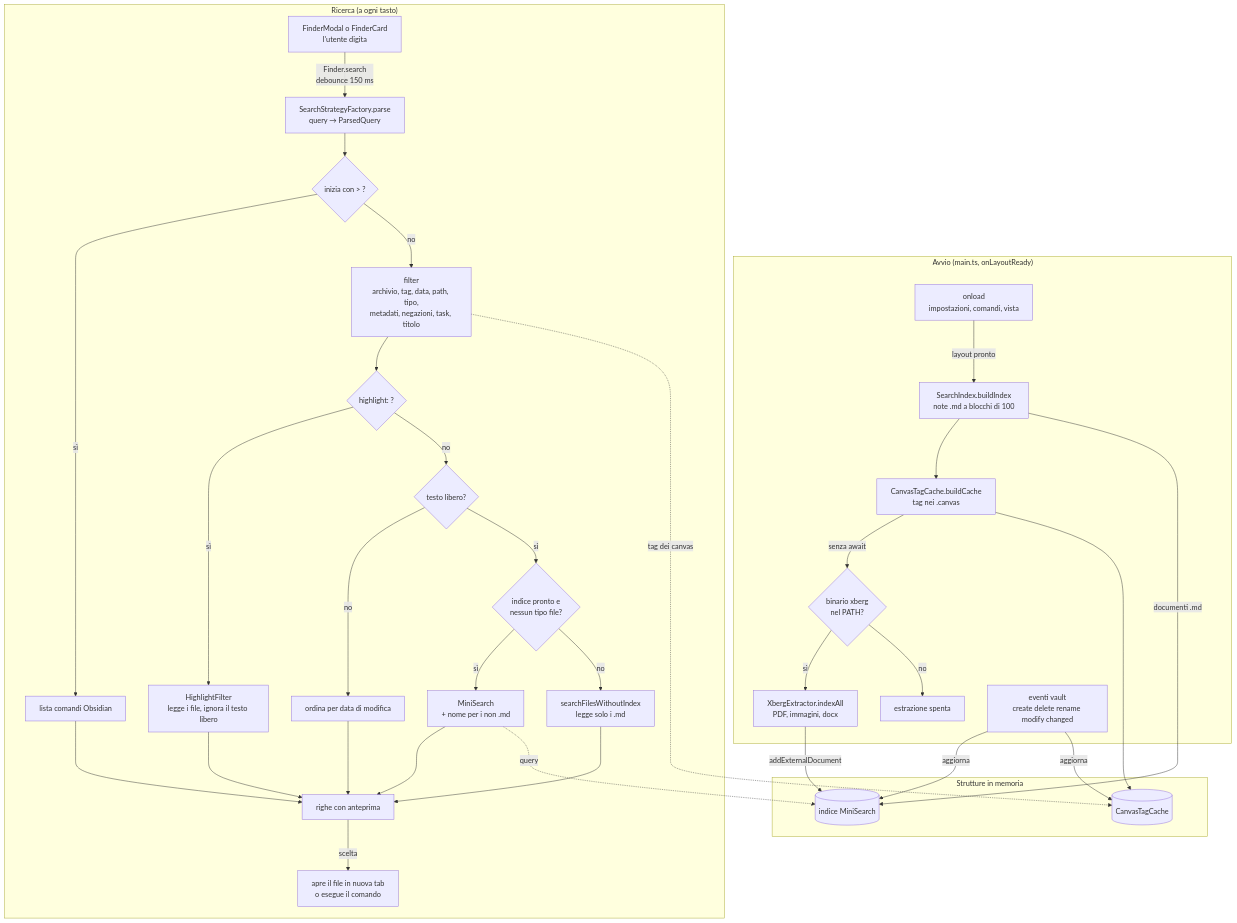
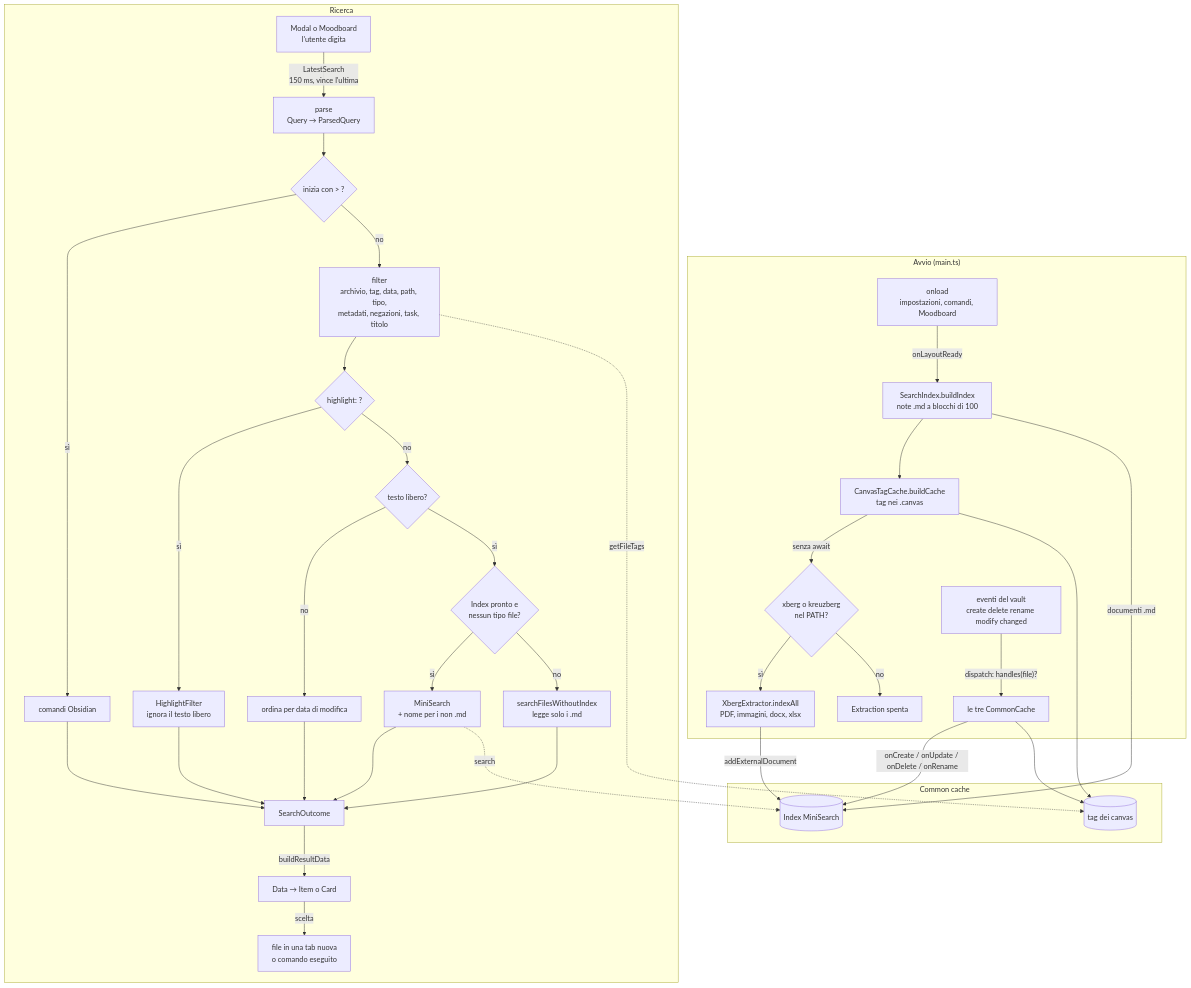
Before and after one commit to faienz93/obsidian-better-finder: the second of 2 diagrams in docs/01-architettura.md, drawn with Mermaid. The commit also changed other lines of this file and 10 other files, not shown here.

First line of the commit message:
docs: regenerate project wiki after the result data work

````diff
--- a/docs/01-architettura.md
+++ b/docs/01-architettura.md
@@ -104,45 +107,46 @@
 ```mermaid
 flowchart TD
-  subgraph Avvio["Avvio (main.ts, onLayoutReady)"]
-    Load["onload\nimpostazioni, comandi, vista"] -->|"layout pronto"| Build["SearchIndex.buildIndex\nnote .md a blocchi di 100"]
+  subgraph Avvio["Avvio (main.ts)"]
+    Load["onload\nimpostazioni, comandi, Moodboard"] -->|"onLayoutReady"| Build["SearchIndex.buildIndex\nnote .md a blocchi di 100"]
     Build --> Canvas["CanvasTagCache.buildCache\ntag nei .canvas"]
-    Canvas -->|"senza await"| XB{"binario xberg\nnel PATH?"}
-    XB -->|"sì"| Extract["XbergExtractor.indexAll\nPDF, immagini, docx"]
-    XB -->|"no"| Off["estrazione spenta"]
-    Events["eventi vault\ncreate delete rename modify changed"]
+    Canvas -->|"senza await"| XB{"xberg o kreuzberg\nnel PATH?"}
+    XB -->|"sì"| Extract["XbergExtractor.indexAll\nPDF, immagini, docx, xlsx"]
+    XB -->|"no"| Off["Extraction spenta"]
+    Events["eventi del vault\ncreate delete rename modify changed"] -->|"dispatch: handles(file)?"| CC["le tre CommonCache"]
   end
 
-  subgraph Memoria["Strutture in memoria"]
-    Idx[("indice MiniSearch")]
-    CTC[("CanvasTagCache")]
+  subgraph Memoria["Common cache"]
+    Idx[("Index MiniSearch")]
+    CTC[("tag dei canvas")]
   end
 
   Build -->|"documenti .md"| Idx
   Extract -->|"addExternalDocument"| Idx
   Canvas --> CTC
-  Events -->|"aggiorna"| Idx
-  Events -->|"aggiorna"| CTC
+  CC -->|"onCreate / onUpdate / onDelete / onRename"| Idx
+  CC --> CTC
 
-  subgraph Ricerca["Ricerca (a ogni tasto)"]
-    Input["FinderModal o FinderCard\nl'utente digita"] -->|"Finder.search\ndebounce 150 ms"| Parse["SearchStrategyFactory.parse\nquery → ParsedQuery"]
+  subgraph Ricerca["Ricerca"]
+    Input["Modal o Moodboard\nl'utente digita"] -->|"LatestSearch\n150 ms, vince l'ultima"| Parse["parse\nQuery → ParsedQuery"]
     Parse --> IsCmd{"inizia con > ?"}
-    IsCmd -->|"sì"| Cmds["lista comandi Obsidian"]
+    IsCmd -->|"sì"| Cmds["comandi Obsidian"]
     IsCmd -->|"no"| Filter["filter\narchivio, tag, data, path, tipo,\nmetadati, negazioni, task, titolo"]
     Filter --> HL{"highlight: ?"}
-    HL -->|"sì"| HLF["HighlightFilter\nlegge i file, ignora il testo libero"]
+    HL -->|"sì"| HLF["HighlightFilter\nignora il testo libero"]
     HL -->|"no"| FT{"testo libero?"}
     FT -->|"no"| Sort["ordina per data di modifica"]
-    FT -->|"sì"| UseIdx{"indice pronto e\nnessun tipo file?"}
+    FT -->|"sì"| UseIdx{"Index pronto e\nnessun tipo file?"}
     UseIdx -->|"sì"| Search["MiniSearch\n+ nome per i non .md"]
-    UseIdx -->|"no"| Fallback["searchFilesWithoutIndex\nlegge solo i .md"]
-    Search --> Render["righe con anteprima"]
-    Fallback --> Render
-    Sort --> Render
-    HLF --> Render
-    Cmds --> Render
-    Render -->|"scelta"| Open["apre il file in nuova tab\no esegue il comando"]
+    UseIdx -->|"no"| Direct["searchFilesWithoutIndex\nlegge solo i .md"]
+    Search --> Outcome["SearchOutcome"]
+    Direct --> Outcome
+    Sort --> Outcome
+    HLF --> Outcome
+    Cmds --> Outcome
+    Outcome -->|"buildResultData"| Draw["Data → Item o Card"]
+    Draw -->|"scelta"| Open["file in una tab nuova\no comando eseguito"]
   end
 
-  Filter -.->|"tag dei canvas"| CTC
-  Search -.->|"query"| Idx
+  Filter -.->|"getFileTags"| CTC
+  Search -.->|"search"| Idx
 ```
````
